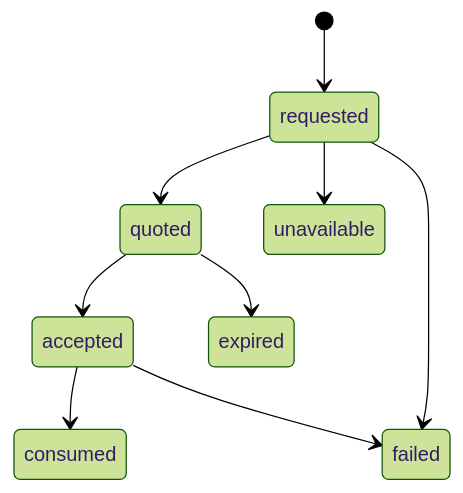
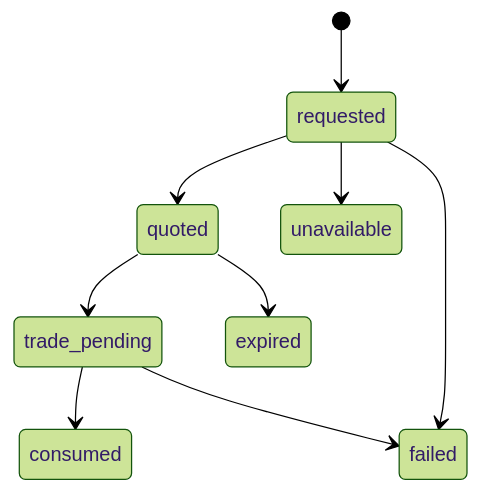
One commit to Errance/TurboFlow changed the third of 6 diagrams in Stake足球盘口研究/04_正式产品文档/T-TurboFlow足球盘口技术方案v2.0-v7.0_RFQ反馈-130526.md. Above: the diagram before and after it, drawn with Mermaid (forest theme). The commit also changed other lines of this file and 2 other files, not shown here.

````diff
--- a/Stake足球盘口研究/04_正式产品文档/T-TurboFlow足球盘口技术方案v2.0-v7.0_RFQ反馈-130526.md
+++ b/Stake足球盘口研究/04_正式产品文档/T-TurboFlow足球盘口技术方案v2.0-v7.0_RFQ反馈-130526.md
@@ -117,11 +122,11 @@
 ```mermaid
 stateDiagram-v2
   [*] --> requested
   requested --> quoted
   requested --> unavailable
   requested --> failed
-  quoted --> accepted
+  quoted --> trade_pending
   quoted --> expired
-  accepted --> consumed
-  accepted --> failed
+  trade_pending --> consumed
+  trade_pending --> failed
 ```
````
